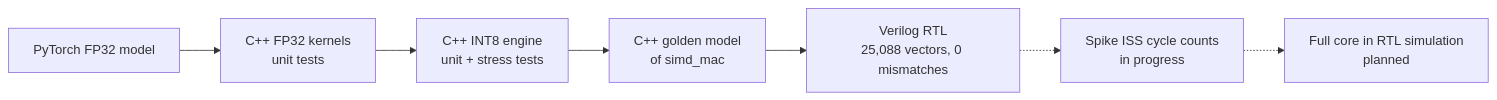
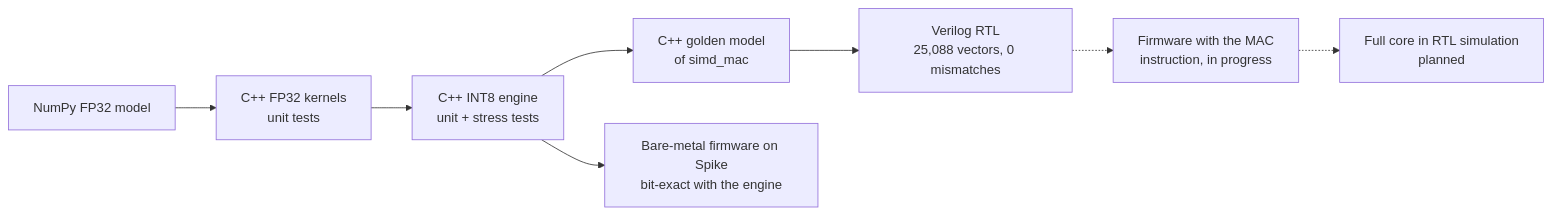
The fourth of 5 diagrams in README.md (sajedulislam5840/riscv-edge-ai), drawn with Mermaid before and after one commit. The commit also changed other lines of this file and 14 other files, not shown here.

Commit message:
CI, Fmax, and bare-metal firmware on Spike

````diff
--- a/README.md
+++ b/README.md
@@ -170,9 +192,10 @@
 ```mermaid
 flowchart LR
-    P["PyTorch FP32 model"] --> C["C++ FP32 kernels<br/>unit tests"]
+    P["NumPy FP32 model"] --> C["C++ FP32 kernels<br/>unit tests"]
     C --> Q["C++ INT8 engine<br/>unit + stress tests"]
     Q --> G["C++ golden model<br/>of simd_mac"]
     G --> R["Verilog RTL<br/>25,088 vectors, 0 mismatches"]
-    R -.-> S["Spike ISS cycle counts<br/>in progress"]
+    Q --> F2["Bare-metal firmware on Spike<br/>bit-exact with the engine"]
+    R -.-> S["Firmware with the MAC<br/>instruction, in progress"]
     S -.-> K["Full core in RTL simulation<br/>planned"]
 ```
````
